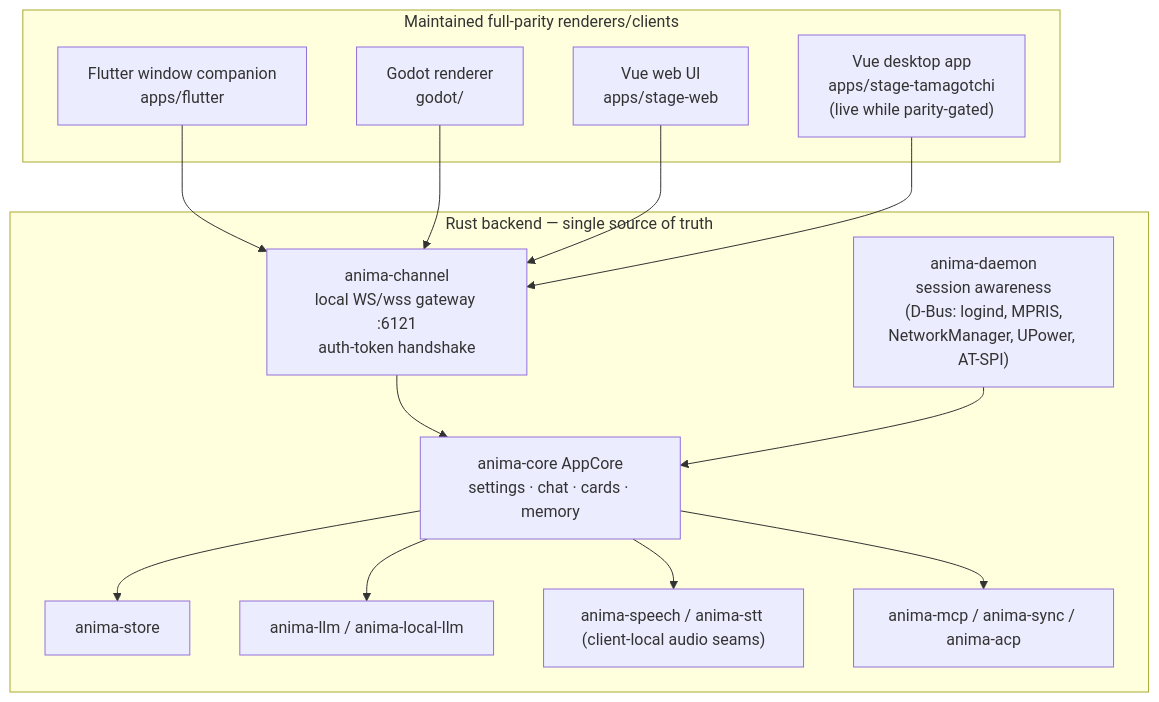
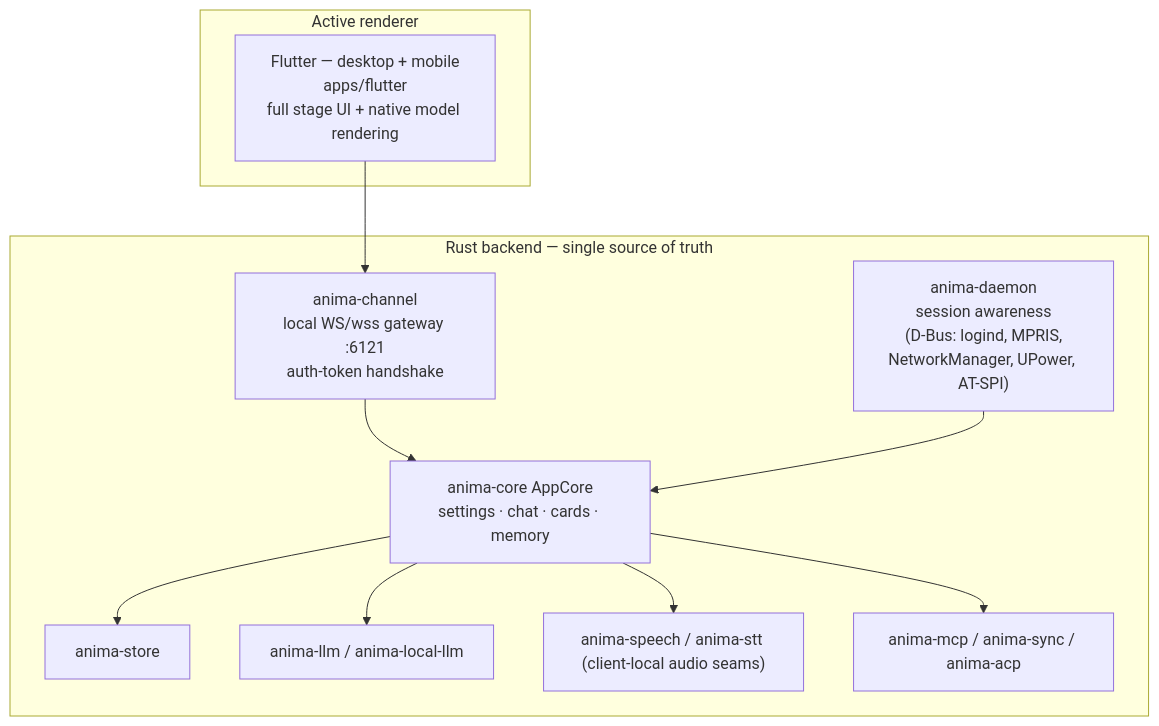
One commit to 7n1m4/7n1m4 changed the diagram in docs/README.md. Above: the diagram before and after it, drawn with Mermaid. The commit also changed other lines of this file and 71 other files, not shown here.

````diff
--- a/docs/README.md
+++ b/docs/README.md
@@ -21,28 +21,22 @@
 ```mermaid
 graph TB
-  subgraph surfaces["Maintained full-parity renderers/clients"]
-    flutter["Flutter window companion<br/>apps/flutter"]
-    godot["Godot renderer<br/>godot/"]
-    vue["Vue web UI<br/>apps/stage-web"]
-    desktop["Vue desktop app<br/>apps/stage-tamagotchi<br/>(live while parity-gated)"]
+  subgraph surfaces["Active renderer"]
+    flutter["Flutter — desktop + mobile<br/>apps/flutter<br/>full stage UI + native model rendering"]
   end
   subgraph core["Rust backend — single source of truth"]
     gw["anima-channel<br/>local WS/wss gateway :6121<br/>auth-token handshake"]
     ac["anima-core AppCore<br/>settings · chat · cards · memory"]
     st["anima-store"]
     llm["anima-llm / anima-local-llm"]
     speech["anima-speech / anima-stt (client-local audio seams)"]
     mcp["anima-mcp / anima-sync / anima-acp"]
     daemon["anima-daemon<br/>session awareness<br/>(D-Bus: logind, MPRIS,<br/>NetworkManager, UPower, AT-SPI)"]
   end
   flutter --> gw
-  godot --> gw
-  vue --> gw
-  desktop --> gw
   gw --> ac
   ac --> st
   ac --> llm
   ac --> speech
   ac --> mcp
   daemon --> ac
 ```
````
